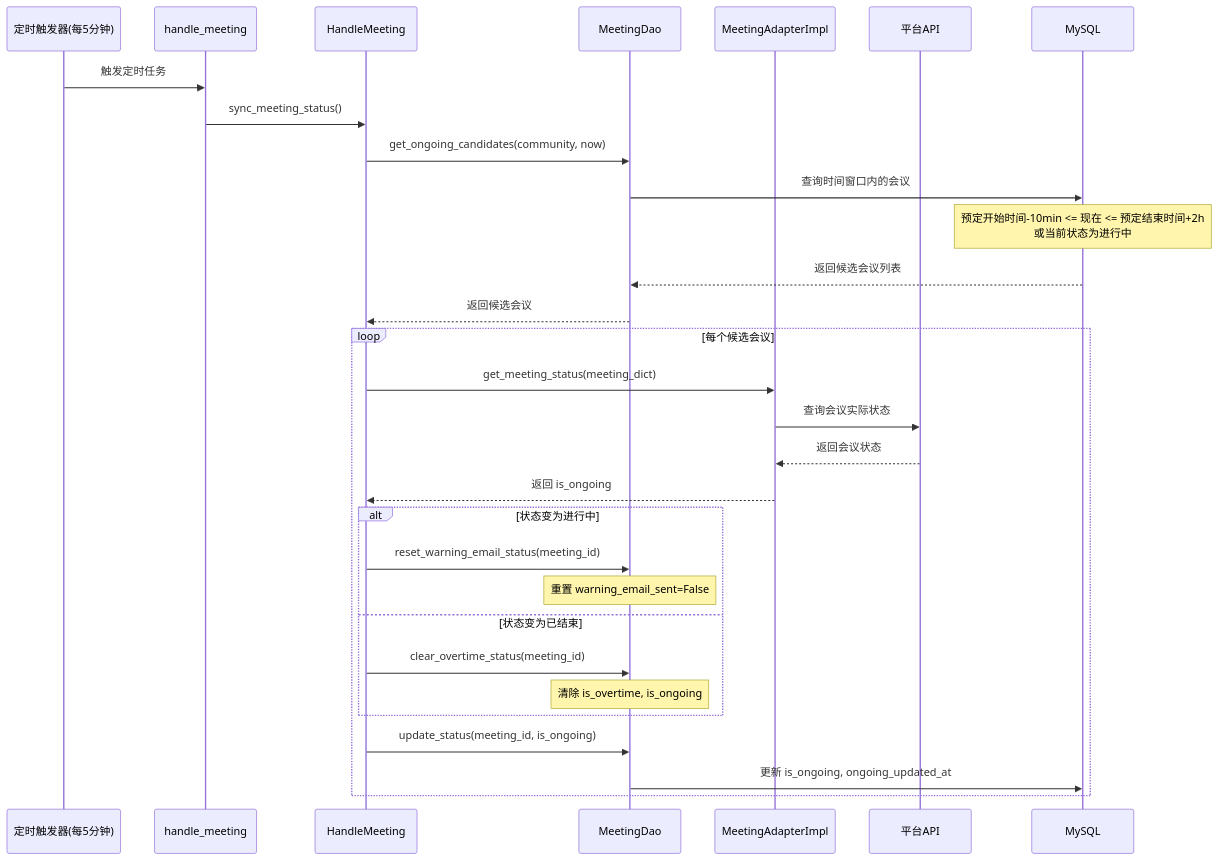
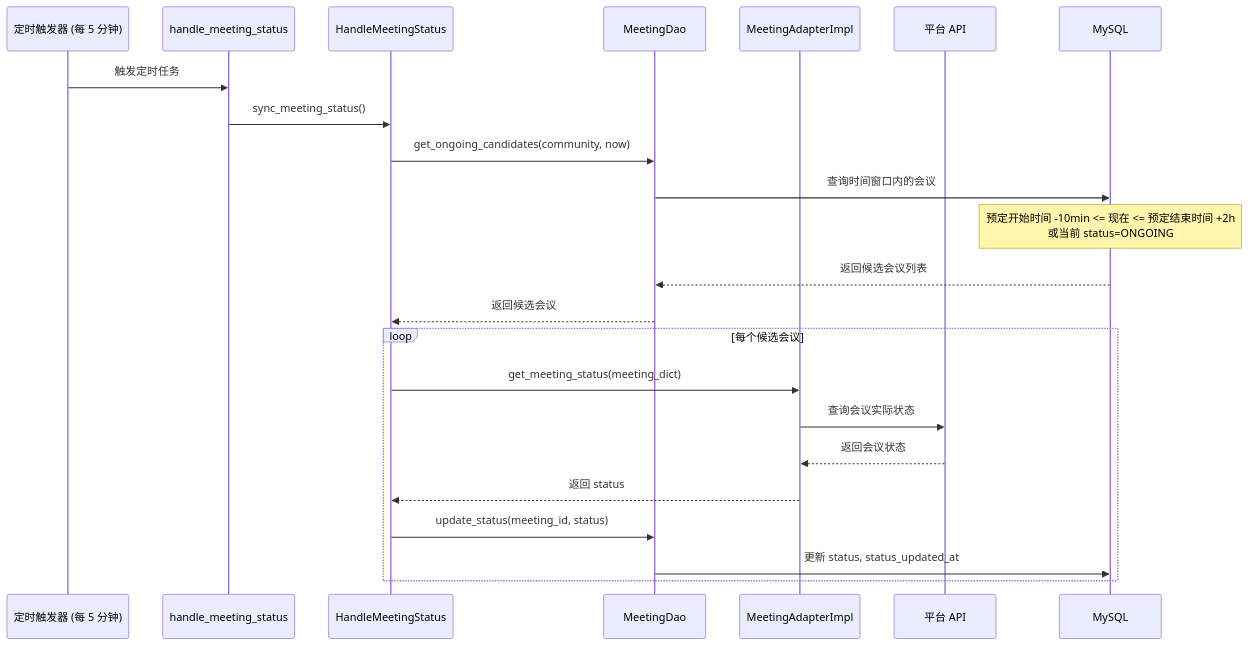
The second of 5 diagrams in opensourceways/issue_docs/100/Architecture Design/#100 Architecture Design Specification.md (GeorgeCao-hw/backlog-test), drawn with Mermaid before and after one commit. The commit also changed other lines of this file and 1 other file, not shown here.

````diff
--- a/opensourceways/issue_docs/100/Architecture Design/#100 Architecture Design Specification.md
+++ b/opensourceways/issue_docs/100/Architecture Design/#100 Architecture Design Specification.md
@@ -127,37 +124,29 @@
 ```mermaid
 sequenceDiagram
-    participant Cron as 定时触发器(每5分钟)
-    participant Cmd as handle_meeting
-    participant Handler as HandleMeeting
+    participant Cron as 定时触发器 (每 5 分钟)
+    participant Cmd as handle_meeting_status
+    participant Handler as HandleMeetingStatus
     participant DAO as MeetingDao
     participant Adapter as MeetingAdapterImpl
-    participant API as 平台API
+    participant API as 平台 API
     participant DB as MySQL
 
     Cron->>Cmd: 触发定时任务
     Cmd->>Handler: sync_meeting_status()
 
     Handler->>DAO: get_ongoing_candidates(community, now)
     DAO->>DB: 查询时间窗口内的会议
-    Note over DB: 预定开始时间-10min <= 现在 <= 预定结束时间+2h<br/>或当前状态为进行中
+    Note over DB: 预定开始时间 -10min <= 现在 <= 预定结束时间 +2h<br/>或当前 status=ONGOING
     DB-->>DAO: 返回候选会议列表
     DAO-->>Handler: 返回候选会议
 
     loop 每个候选会议
         Handler->>Adapter: get_meeting_status(meeting_dict)
         Adapter->>API: 查询会议实际状态
         API-->>Adapter: 返回会议状态
-        Adapter-->>Handler: 返回 is_ongoing
+        Adapter-->>Handler: 返回 status
 
-        alt 状态变为进行中
-            Handler->>DAO: reset_warning_email_status(meeting_id)
-            Note over DAO: 重置 warning_email_sent=False
-        else 状态变为已结束
-            Handler->>DAO: clear_overtime_status(meeting_id)
-            Note over DAO: 清除 is_overtime, is_ongoing
-        end
-
-        Handler->>DAO: update_status(meeting_id, is_ongoing)
-        DAO->>DB: 更新 is_ongoing, ongoing_updated_at
+        Handler->>DAO: update_status(meeting_id, status)
+        DAO->>DB: 更新 status, status_updated_at
     end
 ```
````
